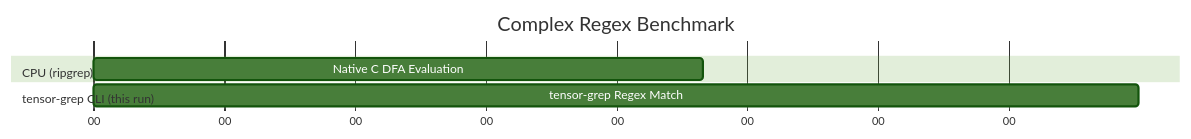
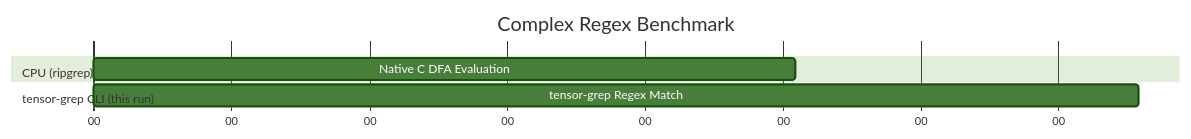
Before and after one commit to oimiragieo/tensor-grep: the second of 3 diagrams in docs/PAPER.md, drawn with Mermaid (forest theme). The commit also changed other lines of this file and 6 other files, not shown here.

````diff
--- a/docs/PAPER.md
+++ b/docs/PAPER.md
@@ -99,12 +99,12 @@
 ```mermaid
 gantt
     title Complex Regex Benchmark
     dateFormat  s
     axisFormat %S
     
     section CPU (ripgrep)
-    Native C DFA Evaluation :a1, 0, 0.466s
+    Native C DFA Evaluation :a1, 0, 0.509s
     
     section tensor-grep CLI (this run)
-    tensor-grep Regex Match :a2, 0, 0.799s
+    tensor-grep Regex Match :a2, 0, 0.758s
 ```
````
